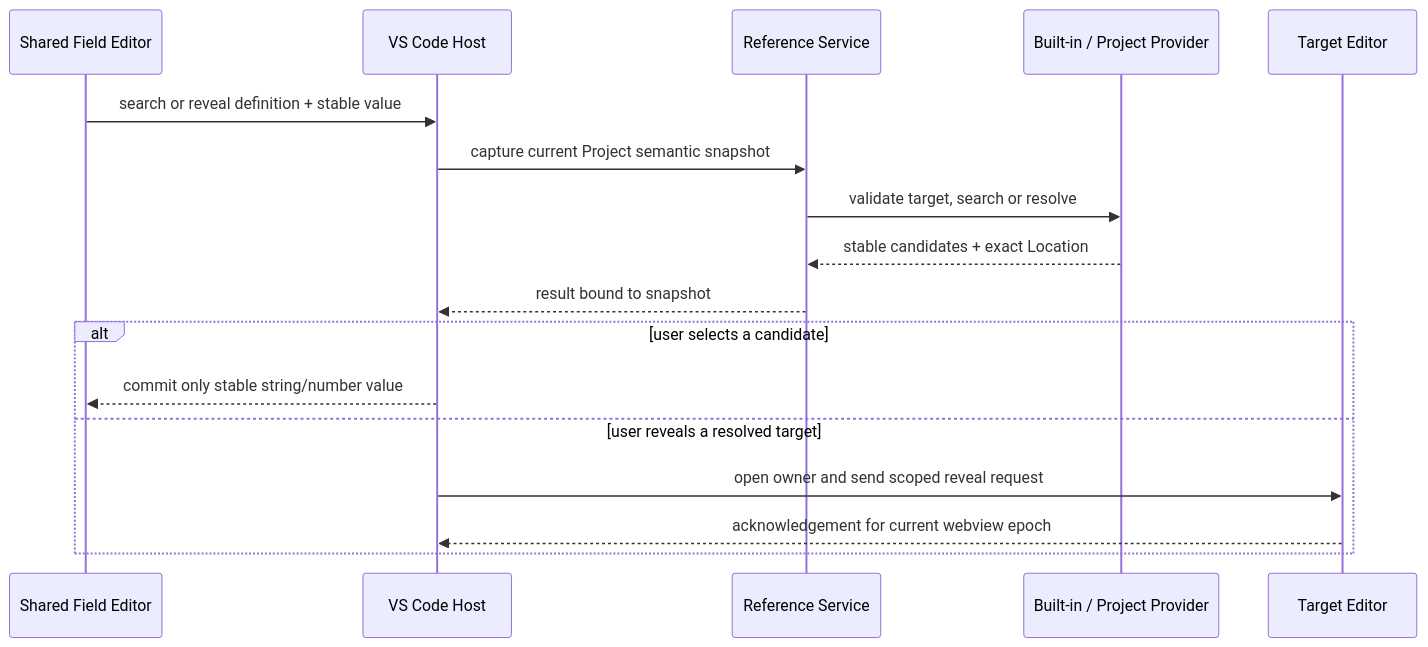
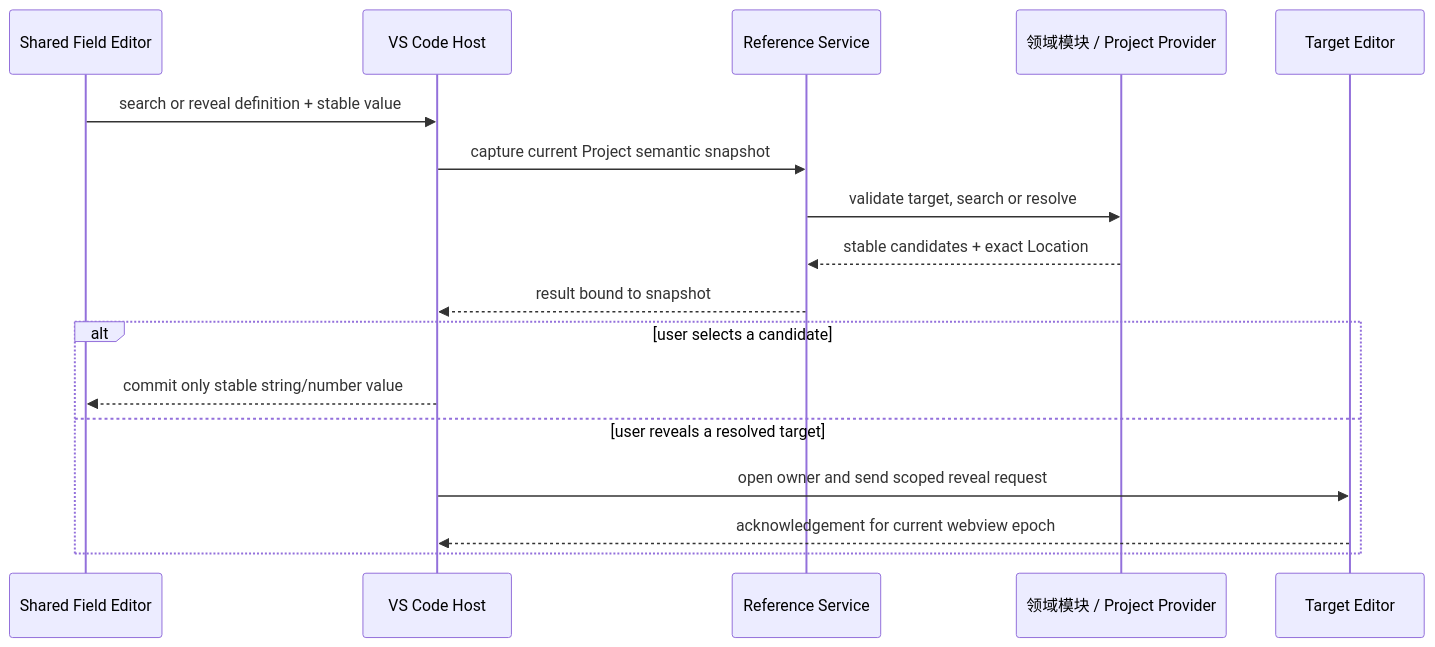
Before and after one commit to zh880517/VisualBridge: the diagram in Doc/ReferenceSystem.md, drawn with Mermaid. The commit also changed 27 other files, not shown here.

Commit message:
G2b Publish the debug and module architecture docs

````diff
--- a/Doc/ReferenceSystem.md
+++ b/Doc/ReferenceSystem.md
@@ -111,19 +111,19 @@
 ```mermaid
 sequenceDiagram
   participant Field as Shared Field Editor
   participant Host as VS Code Host
   participant Ref as Reference Service
-  participant Provider as Built-in / Project Provider
+  participant Provider as 领域模块 / Project Provider
   participant Editor as Target Editor
   Field->>Host: search or reveal definition + stable value
   Host->>Ref: capture current Project semantic snapshot
   Ref->>Provider: validate target, search or resolve
   Provider-->>Ref: stable candidates + exact Location
   Ref-->>Host: result bound to snapshot
   alt user selects a candidate
     Host-->>Field: commit only stable string/number value
   else user reveals a resolved target
     Host->>Editor: open owner and send scoped reveal request
     Editor-->>Host: acknowledgement for current webview epoch
   end
 ```
````
